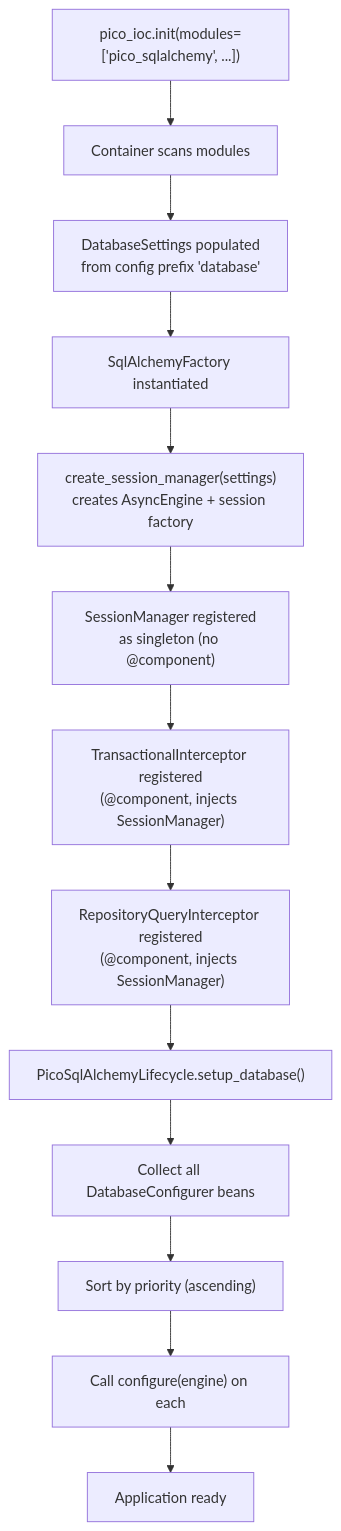
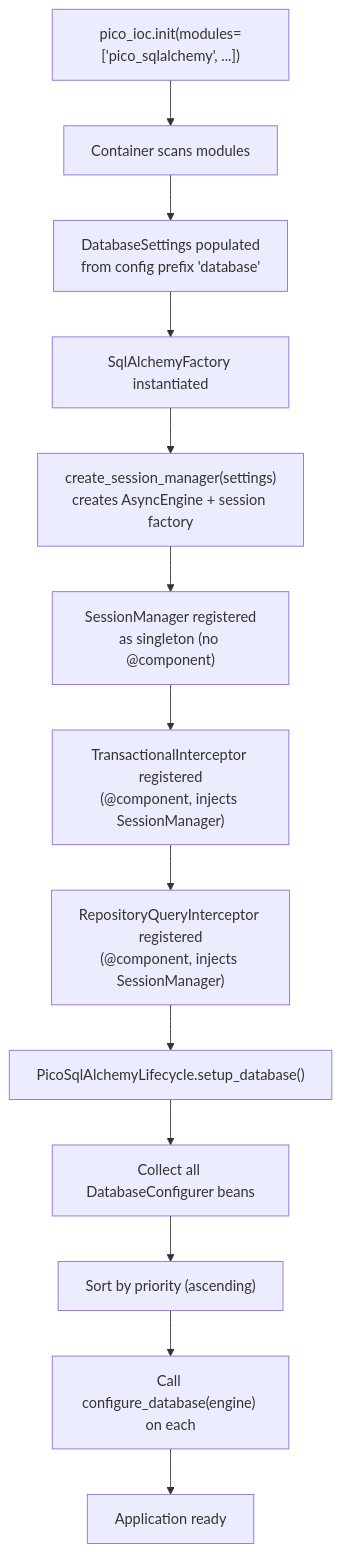
Before and after one commit to dperezcabrera/pico-sqlalchemy: the third of 3 diagrams in docs/architecture.md, drawn with Mermaid. The commit also changed other lines of this file and 11 other files, not shown here.

Commit message:
Rename DatabaseConfigurer.configure() to configure_database() to avoid protocol collision

````diff
--- a/docs/architecture.md
+++ b/docs/architecture.md
@@ -450,15 +450,15 @@
 ```mermaid
 flowchart TD
     A["pico_ioc.init(modules=['pico_sqlalchemy', ...])"] --> B["Container scans modules"]
     B --> C["DatabaseSettings populated<br/>from config prefix 'database'"]
     C --> D["SqlAlchemyFactory instantiated"]
     D --> E["create_session_manager(settings)<br/>creates AsyncEngine + session factory"]
     E --> F["SessionManager registered<br/>as singleton (no @component)"]
     F --> G["TransactionalInterceptor registered<br/>(@component, injects SessionManager)"]
     G --> H["RepositoryQueryInterceptor registered<br/>(@component, injects SessionManager)"]
     H --> I["PicoSqlAlchemyLifecycle.setup_database()"]
     I --> J["Collect all DatabaseConfigurer beans"]
     J --> K["Sort by priority (ascending)"]
-    K --> L["Call configure(engine) on each"]
+    K --> L["Call configure_database(engine) on each"]
     L --> M["Application ready"]
 ```
````
